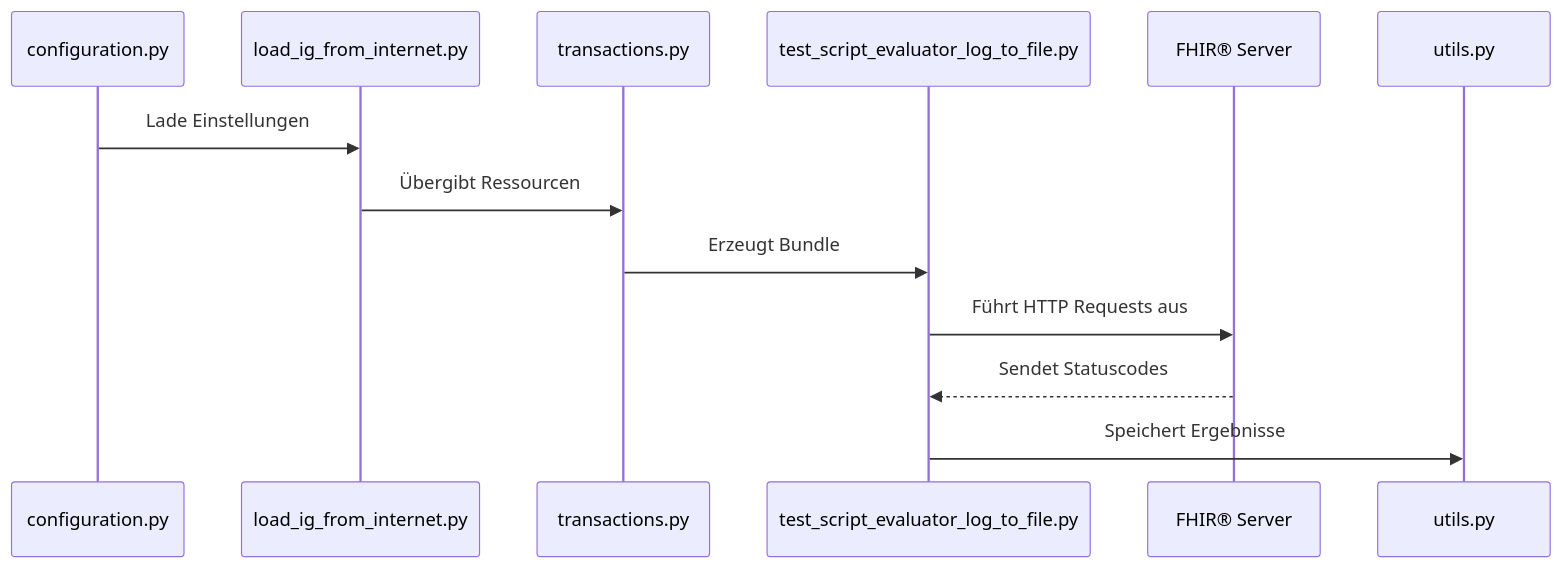
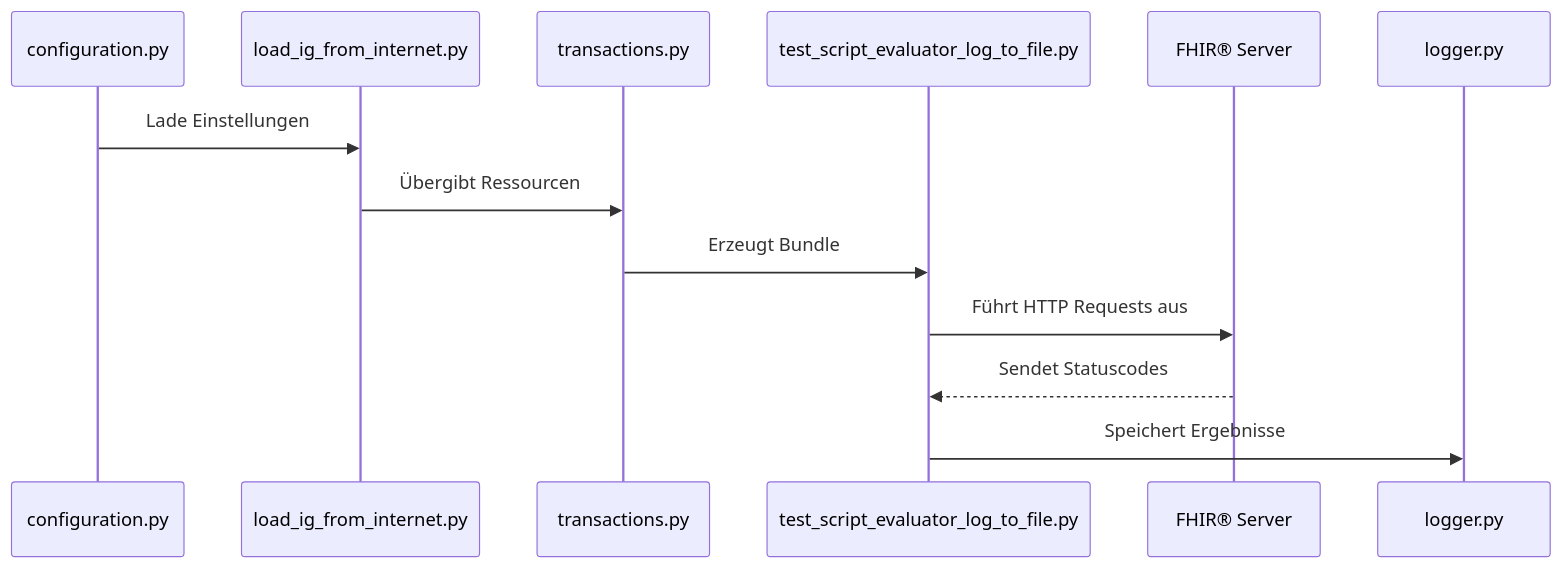
Before and after one commit to HL7Austria/HL7-AT-TestFhiry-TestRunner: the second of 2 diagrams in README.md, drawn with Mermaid. The commit also changed other lines of this file and 3 other files, not shown here.

````diff
--- a/README.md
+++ b/README.md
@@ -146,16 +142,16 @@
 ```mermaid
 sequenceDiagram
     participant Config as configuration.py
     participant Loader as load_ig_from_internet.py
     participant Builder as transactions.py
     participant Evaluator as test_script_evaluator_log_to_file.py
     participant Server as FHIR® Server
-    participant Log as utils.py
+    participant Log as logger.py
 
     Config->>Loader: Lade Einstellungen
     Loader->>Builder: Übergibt Ressourcen
     Builder->>Evaluator: Erzeugt Bundle
     Evaluator->>Server: Führt HTTP Requests aus
     Server-->>Evaluator: Sendet Statuscodes
     Evaluator->>Log: Speichert Ergebnisse
 ```
````
